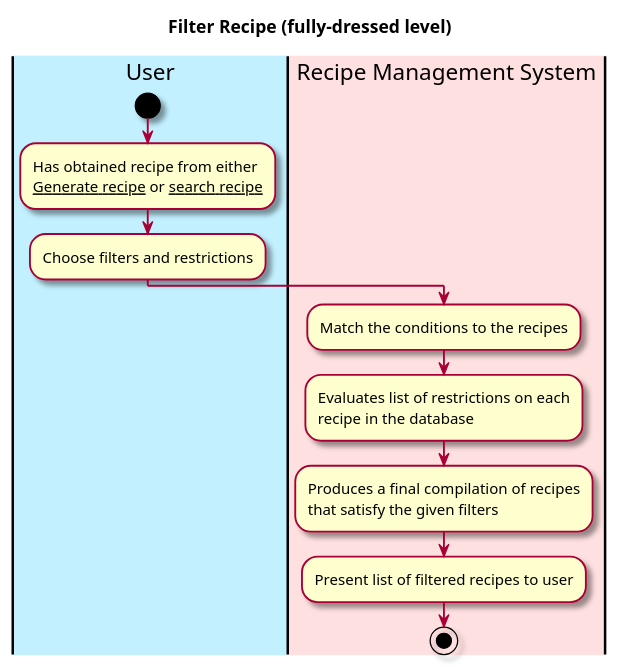
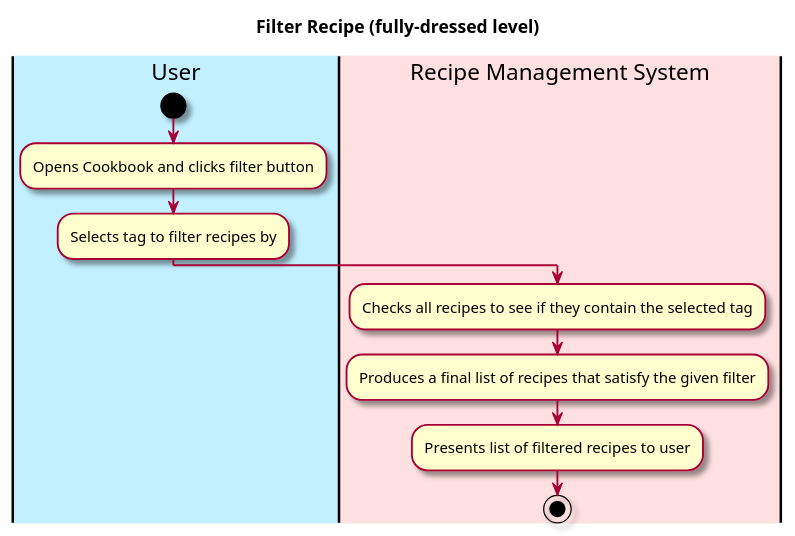
One commit to berthashipper/Pantry-Pal-Android-Application changed the first of 2 diagrams in intellij/doc/use-cases/filter_recipe.md. Above: the diagram before and after it, drawn with PlantUML. The commit also changed other lines of this file and 1 other file, not shown here.

Commit message:
Updated filter_recipes use case to use method call notation

````diff
--- a/intellij/doc/use-cases/filter_recipe.md
+++ b/intellij/doc/use-cases/filter_recipe.md
@@ -30,29 +30,24 @@
 ```plantuml
 @startuml
 
 skin rose
 
 title Filter Recipe (fully-dressed level)
 
 'define the lanes
 |#application|User|
 |#implementation|Recipe Management System|
 
 |User|
 start
-:Has obtained recipe from either
-__Generate recipe__ or __search recipe__;
-:Choose filters and restrictions;
+:Opens Cookbook and clicks filter button;
+:Selects tag to filter recipes by;
 
 |Recipe Management System|
-:Match the conditions to the recipes;
-
-:Evaluates list of restrictions on each
-recipe in the database;
-:Produces a final compilation of recipes
-that satisfy the given filters;
-:Present list of filtered recipes to user;
+:Checks all recipes to see if they contain the selected tag;
+:Produces a final list of recipes that satisfy the given filter;
+:Presents list of filtered recipes to user;
 stop
 
 @enduml
 ```
````
